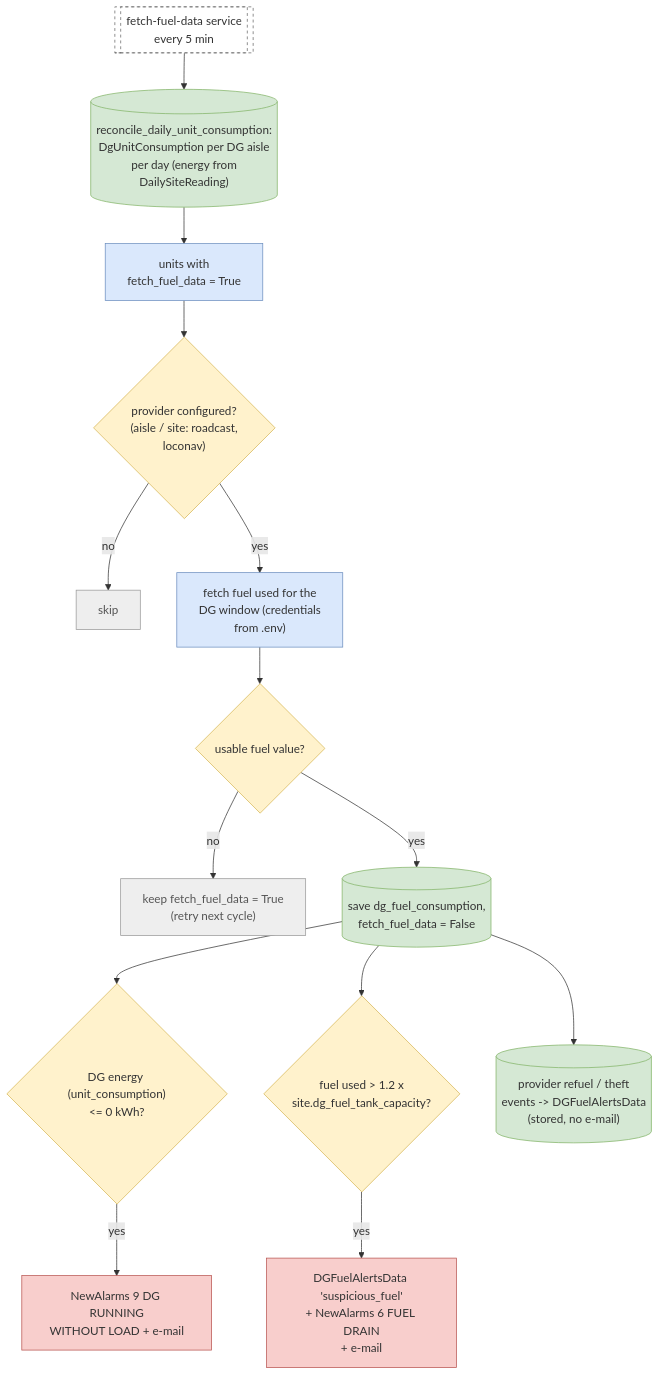
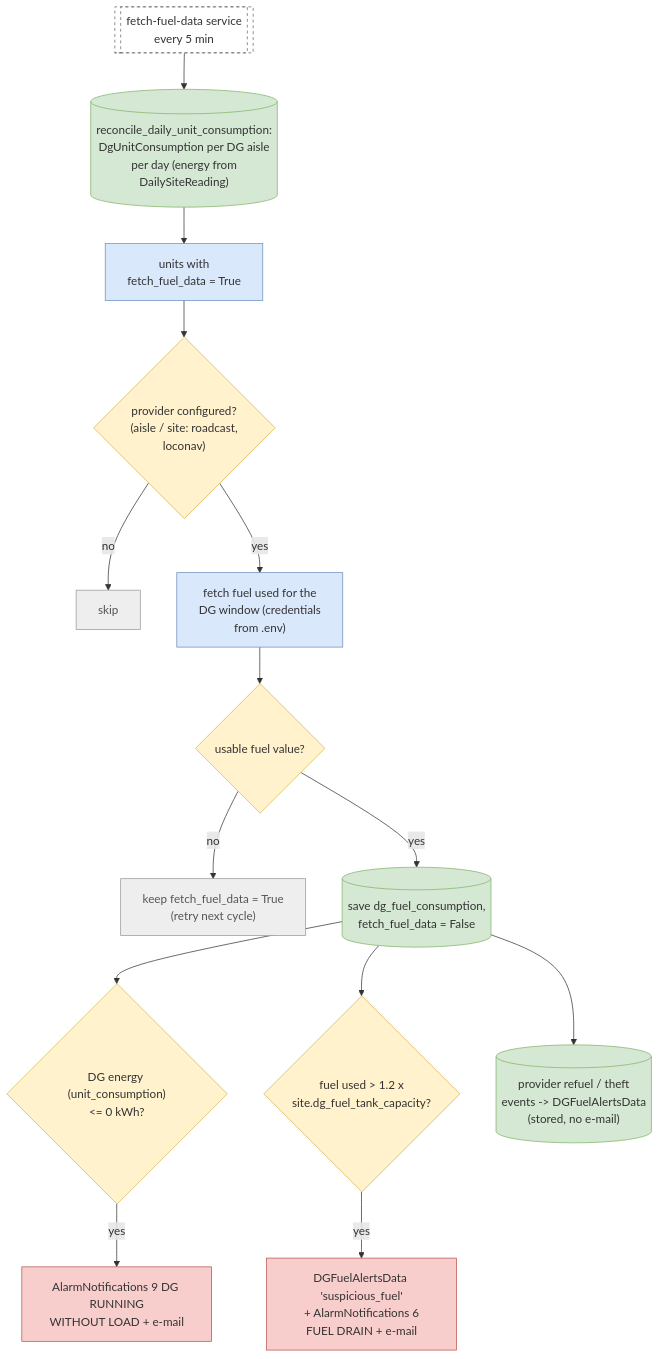
Before and after one commit to ashutoshdubey-aviconn/AVC-backend: diagram 21 of 22 in docs/mqtt-flows/README.md, drawn with Mermaid. The commit also changed other lines of this file and 20 other files, not shown here.

First line of the commit message:
One alarm table: power / DG alarms move into AlarmNotifications

````diff
--- a/docs/mqtt-flows/README.md
+++ b/docs/mqtt-flows/README.md
@@ -1485,42 +1497,42 @@
 ```mermaid
 flowchart TD
     svc[["fetch-fuel-data service<br/>every 5 min"]]
     rec[("reconcile_daily_unit_consumption:<br/>DgUnitConsumption per DG aisle<br/>per day (energy from<br/>DailySiteReading)")]
     pend["units with<br/>fetch_fuel_data = True"]
     prov{"provider configured?<br/>(aisle / site: roadcast,<br/>loconav)"}
     noprov["skip"]
     fetch["fetch fuel used for the<br/>DG window (credentials<br/>from .env)"]
     ok{"usable fuel value?"}
     retry["keep fetch_fuel_data = True<br/>(retry next cycle)"]
     save[("save dg_fuel_consumption,<br/>fetch_fuel_data = False")]
     load{"DG energy (unit_consumption)<br/><= 0 kWh?"}
-    r9["NewAlarms 9 DG RUNNING<br/>WITHOUT LOAD + e-mail"]
+    r9["AlarmNotifications 9 DG RUNNING<br/>WITHOUT LOAD + e-mail"]
     drain{"fuel used > 1.2 x<br/>site.dg_fuel_tank_capacity?"}
-    r6["DGFuelAlertsData 'suspicious_fuel'<br/>+ NewAlarms 6 FUEL DRAIN<br/>+ e-mail"]
+    r6["DGFuelAlertsData 'suspicious_fuel'<br/>+ AlarmNotifications 6<br/>FUEL DRAIN + e-mail"]
     prov2[("provider refuel / theft<br/>events -> DGFuelAlertsData<br/>(stored, no e-mail)")]
     svc --> rec
     rec --> pend
     pend --> prov
     prov -->|"no"| noprov
     prov -->|"yes"| fetch
     fetch --> ok
     ok -->|"no"| retry
     ok -->|"yes"| save
     save --> load
     load -->|"yes"| r9
     save --> drain
     drain -->|"yes"| r6
     save --> prov2
     classDef decision fill:#fff2cc,stroke:#d6b656
     class prov,ok,load,drain decision
     classDef db fill:#d5e8d4,stroke:#82b366
     class rec,save,prov2 db
     classDef alarm fill:#f8cecc,stroke:#b85450
     class r9,r6 alarm
     classDef ext fill:#ffffff,stroke:#666,stroke-dasharray:4
     class svc ext
     classDef skip fill:#eee,stroke:#999,color:#555
     class noprov,retry skip
     classDef process fill:#dae8fc,stroke:#6c8ebf
     class pend,fetch process
 ```
````
